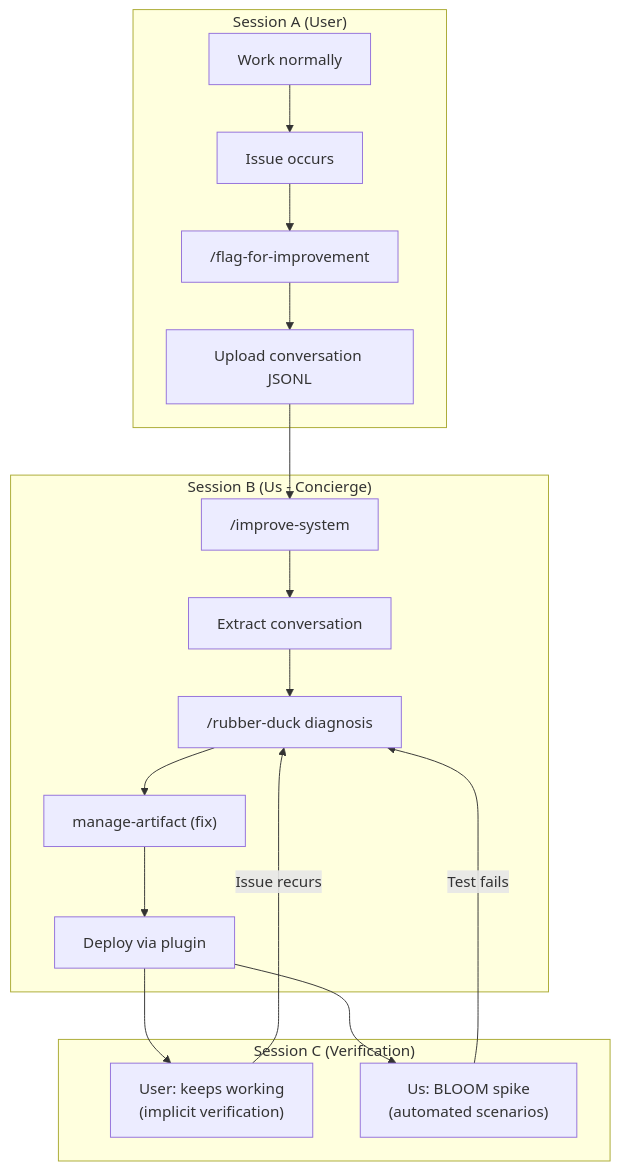
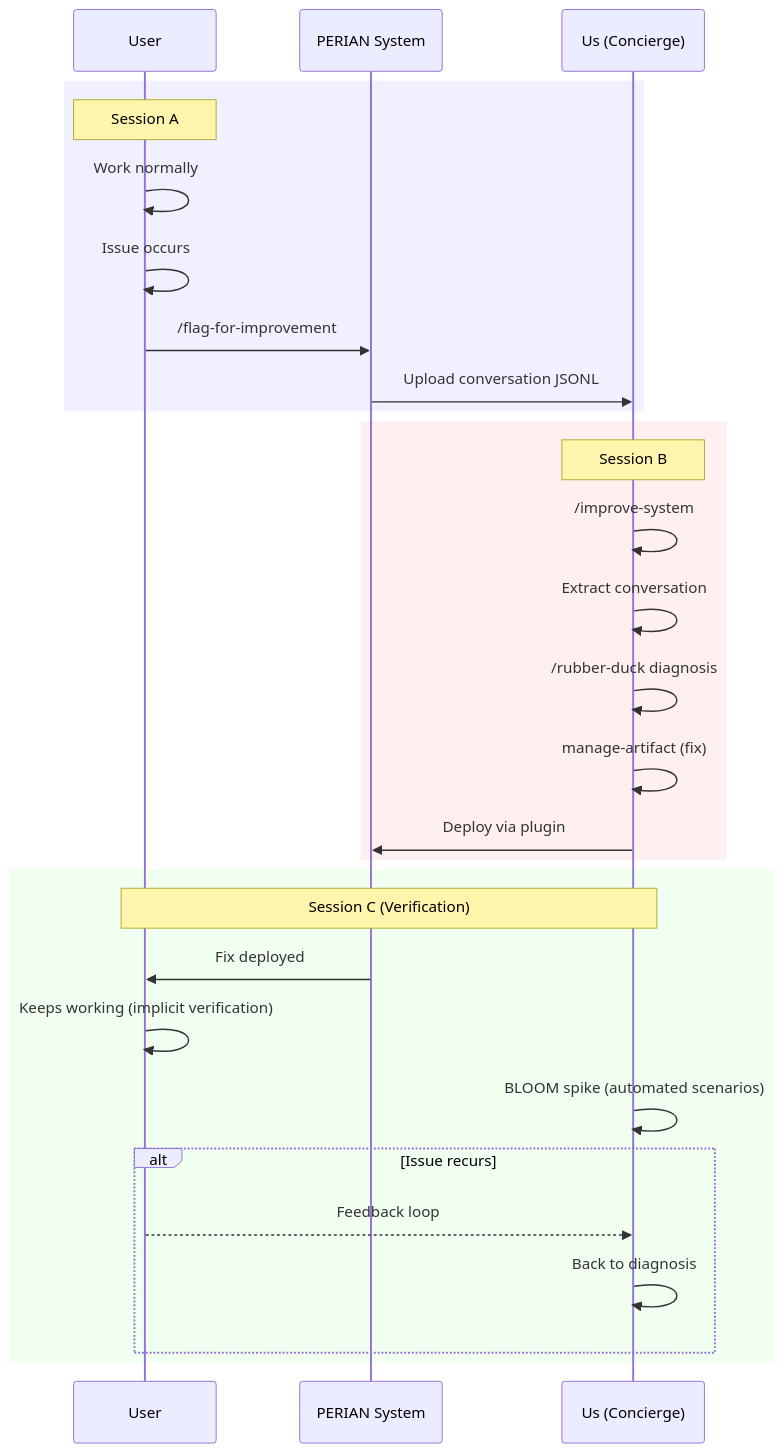
One commit to MariusWilsch/public-wilsch-ai-pages changed the diagram in project/perian/perian-architecture.md. Above: the diagram before and after it, drawn with Mermaid.

Commit message:
Sync from hippocampus 2025-12-23

````diff
--- a/project/perian/perian-architecture.md
+++ b/project/perian/perian-architecture.md
@@ -132,26 +132,34 @@
 ```mermaid
-flowchart TD
-    subgraph A["Session A (User)"]
-        A1[Work normally] --> A2[Issue occurs]
-        A2 --> A3["/flag-for-improvement"]
-        A3 --> A4[Upload conversation JSONL]
+sequenceDiagram
+    participant User
+    participant System as PERIAN System
+    participant Us as Us (Concierge)
+
+    rect rgb(240, 240, 255)
+        Note over User: Session A
+        User->>User: Work normally
+        User->>User: Issue occurs
+        User->>System: /flag-for-improvement
+        System->>Us: Upload conversation JSONL
     end
 
-    subgraph B["Session B (Us - Concierge)"]
-        B1["/improve-system"] --> B2[Extract conversation]
-        B2 --> B3["/rubber-duck diagnosis"]
-        B3 --> B4["manage-artifact (fix)"]
-        B4 --> B5[Deploy via plugin]
+    rect rgb(255, 240, 240)
+        Note over Us: Session B
+        Us->>Us: /improve-system
+        Us->>Us: Extract conversation
+        Us->>Us: /rubber-duck diagnosis
+        Us->>Us: manage-artifact (fix)
+        Us->>System: Deploy via plugin
     end
 
-    subgraph C["Session C (Verification)"]
-        C1["User: keeps working<br/>(implicit verification)"]
-        C2["Us: BLOOM spike<br/>(automated scenarios)"]
+    rect rgb(240, 255, 240)
+        Note over User,Us: Session C (Verification)
+        System->>User: Fix deployed
+        User->>User: Keeps working (implicit verification)
+        Us->>Us: BLOOM spike (automated scenarios)
+        alt Issue recurs
+            User-->>Us: Feedback loop
+            Us->>Us: Back to diagnosis
+        end
     end
-
-    A4 --> B1
-    B5 --> C1
-    B5 --> C2
-    C1 -->|"Issue recurs"| B3
-    C2 -->|"Test fails"| B3
 ```
````
